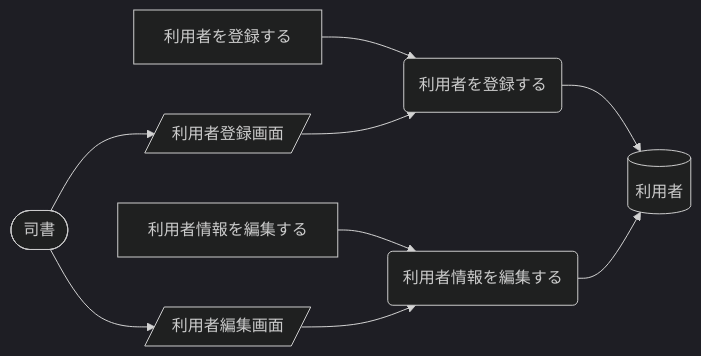
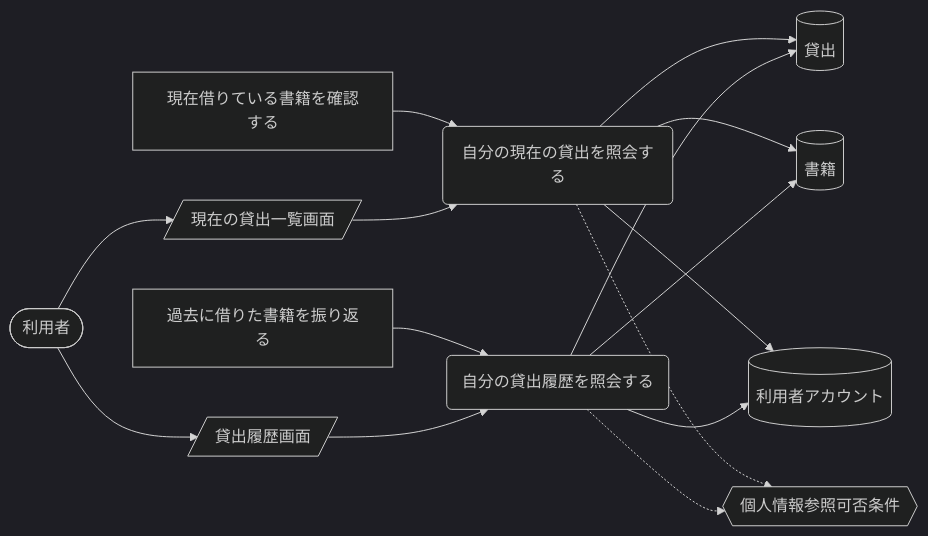
Before and after one commit to suwa-sh/suwa-sh-claude-plugins: the tenth of 13 diagrams in samples/distillery/pipeline/rdra/latest/views/04_UC複合図.md, drawn with Mermaid (dark theme). The commit also changed other lines of this file and 1723 other files, not shown here.

````diff
--- a/samples/distillery/pipeline/rdra/latest/views/04_UC複合図.md
+++ b/samples/distillery/pipeline/rdra/latest/views/04_UC複合図.md
@@ -184,19 +557,28 @@
 ```mermaid
 graph LR
-  UC1("利用者を登録する")
-  AT1["利用者を登録する"]
-  IF1[("利用者")]
-  SC1[/"利用者登録画面"/]
-  AC1(["司書"])
-  UC2("利用者情報を編集する")
-  AT2["利用者情報を編集する"]
-  SC2[/"利用者編集画面"/]
+  UC1("自分の現在の貸出を照会する")
+  AT1["現在借りている書籍を確認する"]
+  IF1[("貸出")]
+  IF2[("書籍")]
+  IF3[("利用者アカウント")]
+  CD1{{"個人情報参照可否条件"}}
+  SC1[/"現在の貸出一覧画面"/]
+  AC1(["利用者"])
+  UC2("自分の貸出履歴を照会する")
+  AT2["過去に借りた書籍を振り返る"]
+  SC2[/"貸出履歴画面"/]
   AT1 --> UC1
   UC1 --> IF1
+  UC1 --> IF2
+  UC1 --> IF3
+  UC1 -.-> CD1
   AC1 --> SC1
   SC1 --> UC1
   AT2 --> UC2
   UC2 --> IF1
+  UC2 --> IF2
+  UC2 --> IF3
+  UC2 -.-> CD1
   AC1 --> SC2
   SC2 --> UC2
 ```
````
